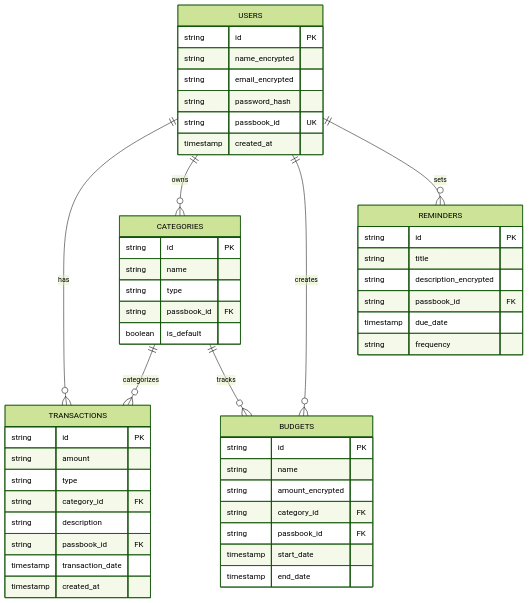
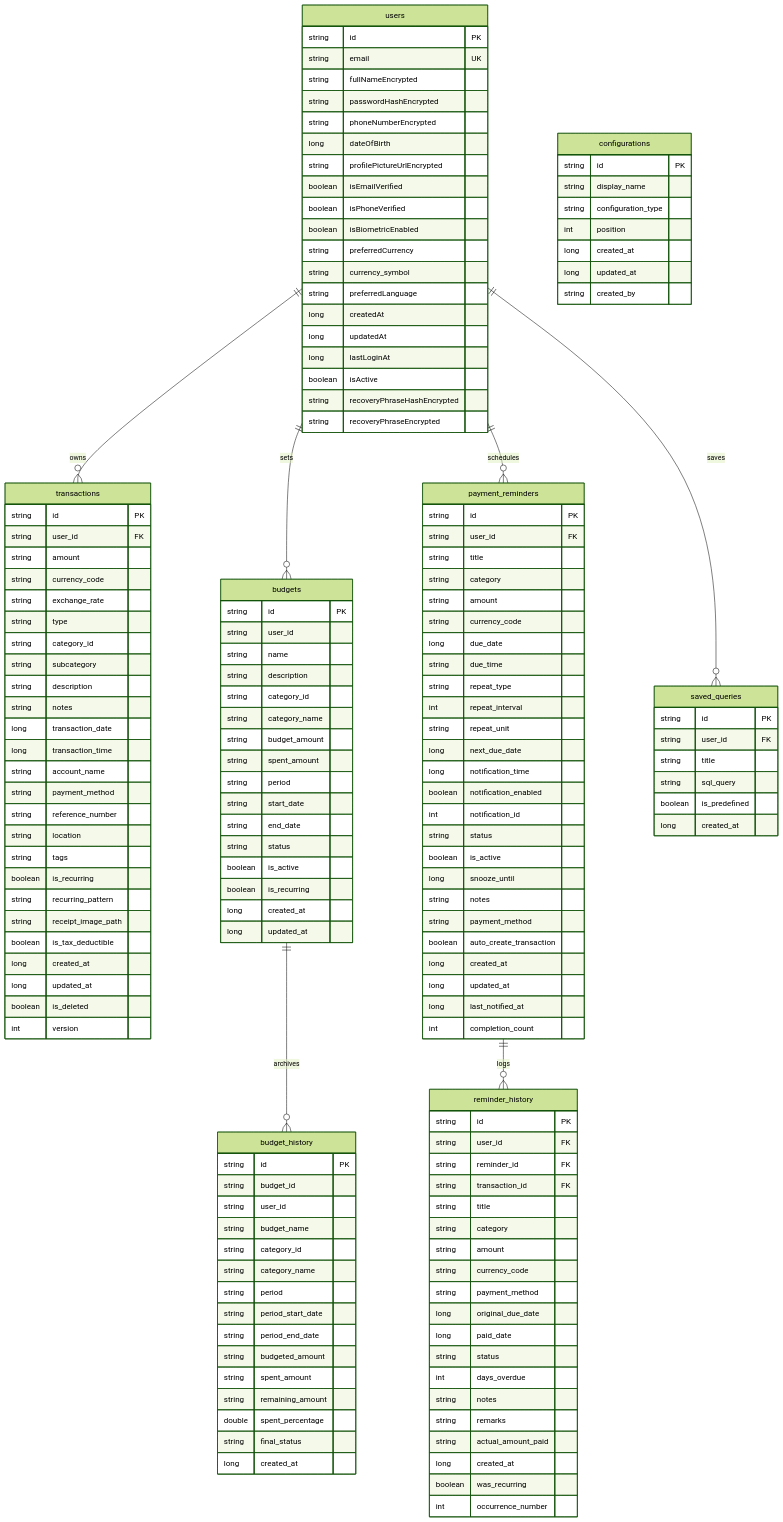
One commit to maurihimanshu/expenso-docs changed the fourth of 6 diagrams in docs/ARCHITECTURE.md. Above: the diagram before and after it, drawn with Mermaid (forest theme). The commit also changed other lines of this file and 7 other files, not shown here.

````diff
--- a/docs/ARCHITECTURE.md
+++ b/docs/ARCHITECTURE.md
@@ -206,56 +187,165 @@
 ```mermaid
 erDiagram
-    USERS ||--o{ TRANSACTIONS : has
-    USERS ||--o{ CATEGORIES : owns
-    USERS ||--o{ BUDGETS : creates
-    USERS ||--o{ REMINDERS : sets
-    CATEGORIES ||--o{ TRANSACTIONS : categorizes
-    CATEGORIES ||--o{ BUDGETS : tracks
-    
-    USERS {
+    users ||--o{ transactions : "owns"
+    users ||--o{ budgets : "sets"
+    users ||--o{ payment_reminders : "schedules"
+    users ||--o{ saved_queries : "saves"
+    budgets ||--o{ budget_history : "archives"
+    payment_reminders ||--o{ reminder_history : "logs"
+
+    users {
         string id PK
-        string name_encrypted
-        string email_encrypted
-        string password_hash
-        string passbook_id UK
-        timestamp created_at
+        string email UK
+        string fullNameEncrypted
+        string passwordHashEncrypted
+        string phoneNumberEncrypted
+        long dateOfBirth
+        string profilePictureUrlEncrypted
+        boolean isEmailVerified
+        boolean isPhoneVerified
+        boolean isBiometricEnabled
+        string preferredCurrency
+        string currency_symbol
+        string preferredLanguage
+        long createdAt
+        long updatedAt
+        long lastLoginAt
+        boolean isActive
+        string recoveryPhraseHashEncrypted
+        string recoveryPhraseEncrypted
     }
-    
-    TRANSACTIONS {
+
+    transactions {
         string id PK
+        string user_id FK
         string amount
+        string currency_code
+        string exchange_rate
         string type
-        string category_id FK
+        string category_id
+        string subcategory
         string description
-        string passbook_id FK
-        timestamp transaction_date
-        timestamp created_at
+        string notes
+        long transaction_date
+        long transaction_time
+        string account_name
+        string payment_method
+        string reference_number
+        string location
+        string tags
+        boolean is_recurring
+        string recurring_pattern
+        string receipt_image_path
+        boolean is_tax_deductible
+        long created_at
+        long updated_at
+        boolean is_deleted
+        int version
     }
-    
-    CATEGORIES {
+
+    budgets {
         string id PK
+        string user_id
         string name
-        string type
-        string passbook_id FK
-        boolean is_default
+        string description
+        string category_id
+        string category_name
+        string budget_amount
+        string spent_amount
+        string period
+        string start_date
+        string end_date
+        string status
+        boolean is_active
+        boolean is_recurring
+        long created_at
+        long updated_at
     }
-    
-    BUDGETS {
+
+    budget_history {
         string id PK
-        string name
-        string amount_encrypted
-        string category_id FK
-        string passbook_id FK
-        timestamp start_date
-        timestamp end_date
+        string budget_id
+        string user_id
+        string budget_name
+        string category_id
+        string category_name
+        string period
+        string period_start_date
+        string period_end_date
+        string budgeted_amount
+        string spent_amount
+        string remaining_amount
+        double spent_percentage
+        string final_status
+        long created_at
     }
-    
-    REMINDERS {
+
+    payment_reminders {
         string id PK
+        string user_id FK
         string title
-        string description_encrypted
-        string passbook_id FK
-        timestamp due_date
-        string frequency
+        string category
+        string amount
+        string currency_code
+        long due_date
+        string due_time
+        string repeat_type
+        int repeat_interval
+        string repeat_unit
+        long next_due_date
+        long notification_time
+        boolean notification_enabled
+        int notification_id
+        string status
+        boolean is_active
+        long snooze_until
+        string notes
+        string payment_method
+        boolean auto_create_transaction
+        long created_at
+        long updated_at
+        long last_notified_at
+        int completion_count
+    }
+
+    reminder_history {
+        string id PK
+        string user_id FK
+        string reminder_id FK
+        string transaction_id FK
+        string title
+        string category
+        string amount
+        string currency_code
+        string payment_method
+        long original_due_date
+        long paid_date
+        string status
+        int days_overdue
+        string notes
+        string remarks
+        string actual_amount_paid
+        long created_at
+        boolean was_recurring
+        int occurrence_number
+    }
+
+    configurations {
+        string id PK
+        string display_name
+        string configuration_type
+        int position
+        long created_at
+        long updated_at
+        string created_by
+    }
+
+    saved_queries {
+        string id PK
+        string user_id FK
+        string title
+        string sql_query
+        boolean is_predefined
+        long created_at
     }
 ```
````
